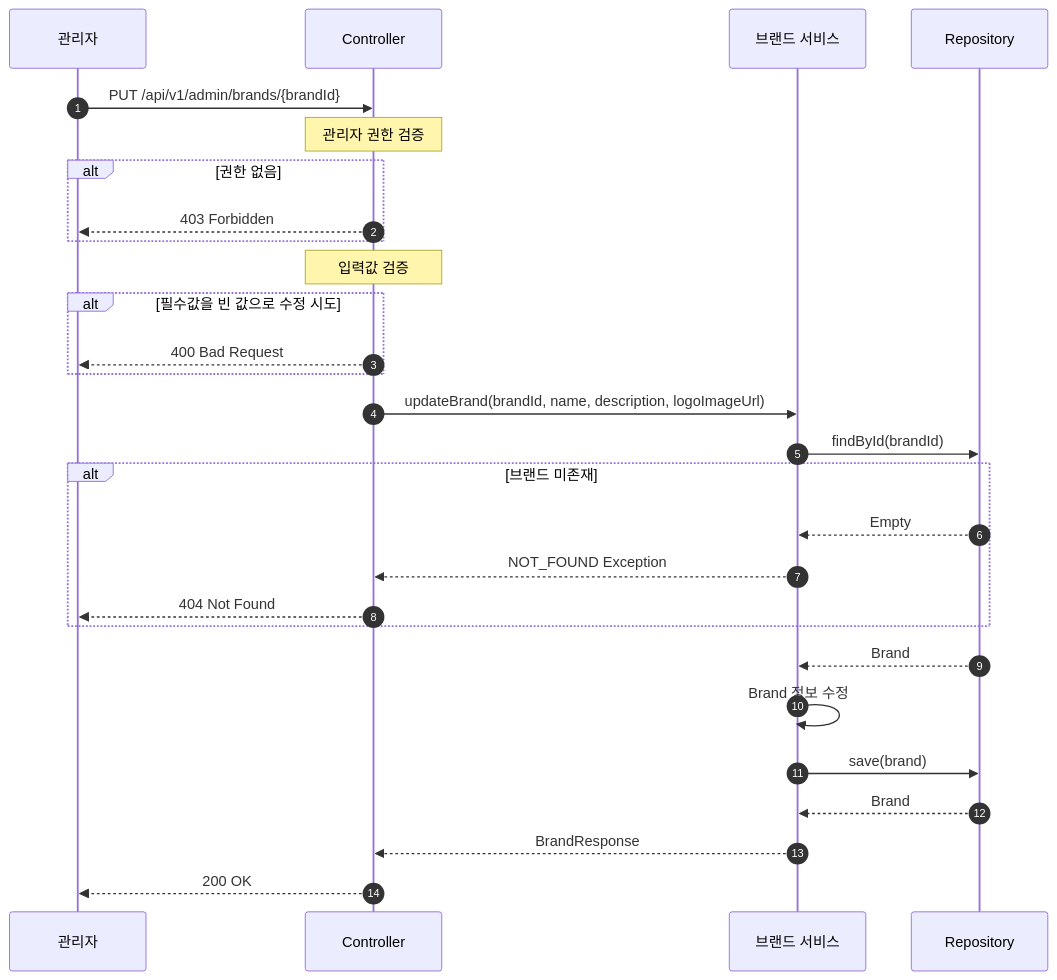
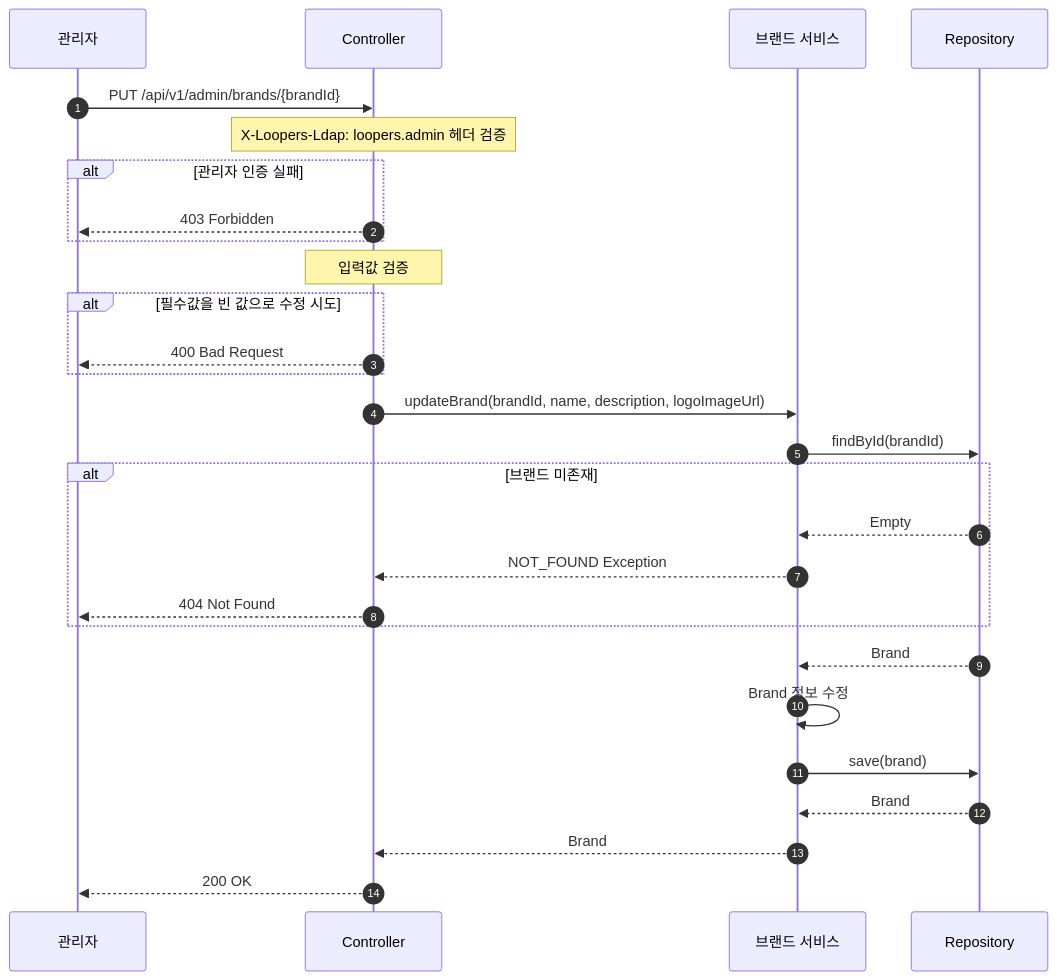
One commit to letter333/loop-pack-be-l2-vol3-java changed the seventh of 18 diagrams in docs/design/02-sequence-diagram.md. Above: the diagram before and after it, drawn with Mermaid. The commit also changed other lines of this file and 4 other files, not shown here.

````diff
--- a/docs/design/02-sequence-diagram.md
+++ b/docs/design/02-sequence-diagram.md
@@ -218,37 +226,37 @@
 ```mermaid
 sequenceDiagram
     autonumber
     participant Admin as 관리자
     participant Controller
     participant BrandService as 브랜드 서비스
     participant Repository
 
     Admin->>Controller: PUT /api/v1/admin/brands/{brandId}
-    Note over Controller: 관리자 권한 검증
+    Note over Controller: X-Loopers-Ldap: loopers.admin 헤더 검증
 
-    alt 권한 없음
+    alt 관리자 인증 실패
         Controller-->>Admin: 403 Forbidden
     end
 
     Note over Controller: 입력값 검증
 
     alt 필수값을 빈 값으로 수정 시도
         Controller-->>Admin: 400 Bad Request
     end
 
     Controller->>BrandService: updateBrand(brandId, name, description, logoImageUrl)
     BrandService->>Repository: findById(brandId)
 
     alt 브랜드 미존재
         Repository-->>BrandService: Empty
         BrandService-->>Controller: NOT_FOUND Exception
         Controller-->>Admin: 404 Not Found
     end
 
     Repository-->>BrandService: Brand
     BrandService->>BrandService: Brand 정보 수정
     BrandService->>Repository: save(brand)
     Repository-->>BrandService: Brand
-    BrandService-->>Controller: BrandResponse
+    BrandService-->>Controller: Brand
     Controller-->>Admin: 200 OK
 ```
````
